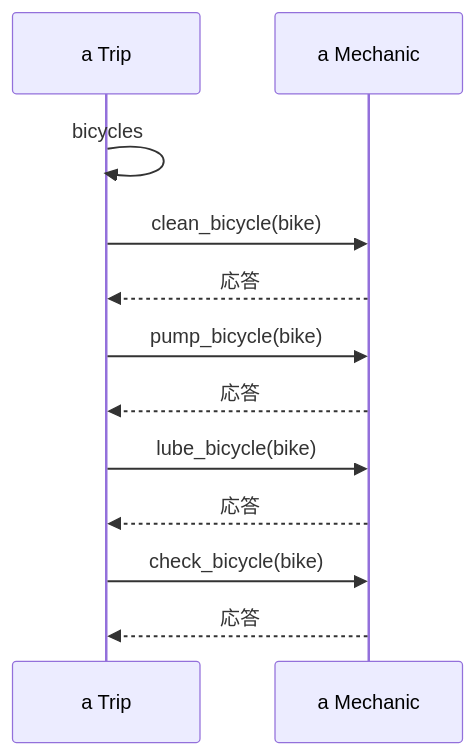
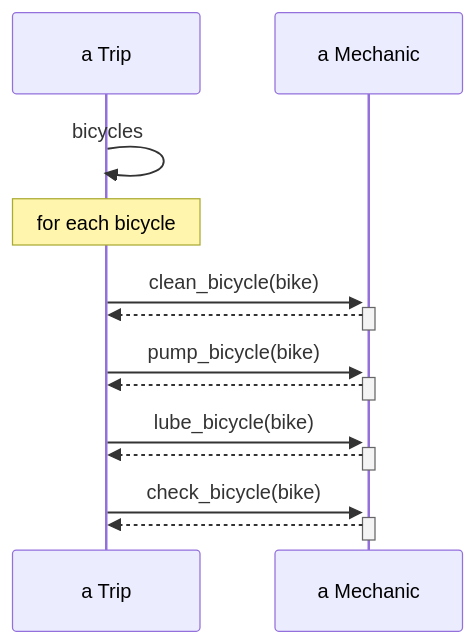
One commit to sho-sho-T/learning_OOP_for_ruby changed the first of 4 diagrams in 04/make_flexible_interface.md. Above: the diagram before and after it, drawn with Mermaid. The commit also changed other lines of this file, not shown here.

````diff
--- a/04/make_flexible_interface.md
+++ b/04/make_flexible_interface.md
@@ -36,12 +38,13 @@
 ```mermaid
 sequenceDiagram
     a Trip->>a Trip: bicycles
-    a Trip->>a Mechanic: clean_bicycle(bike)
-    a Mechanic-->> a Trip: 応答
-    a Trip->>a Mechanic: pump_bicycle(bike)
-    a Mechanic-->> a Trip: 応答
-    a Trip->>a Mechanic: lube_bicycle(bike)
-    a Mechanic-->> a Trip: 応答
-    a Trip->>a Mechanic: check_bicycle(bike)
-    a Mechanic-->> a Trip: 応答
+    Note over a Trip: for each bicycle
+    a Trip->>+a Mechanic: clean_bicycle(bike)
+    a Mechanic-->>- a Trip: 
+    a Trip->>+a Mechanic: pump_bicycle(bike)
+    a Mechanic-->>- a Trip: 
+    a Trip->>+a Mechanic: lube_bicycle(bike)
+    a Mechanic-->>- a Trip: 
+    a Trip->>+a Mechanic: check_bicycle(bike)
+    a Mechanic-->>- a Trip: 
 ```
````
